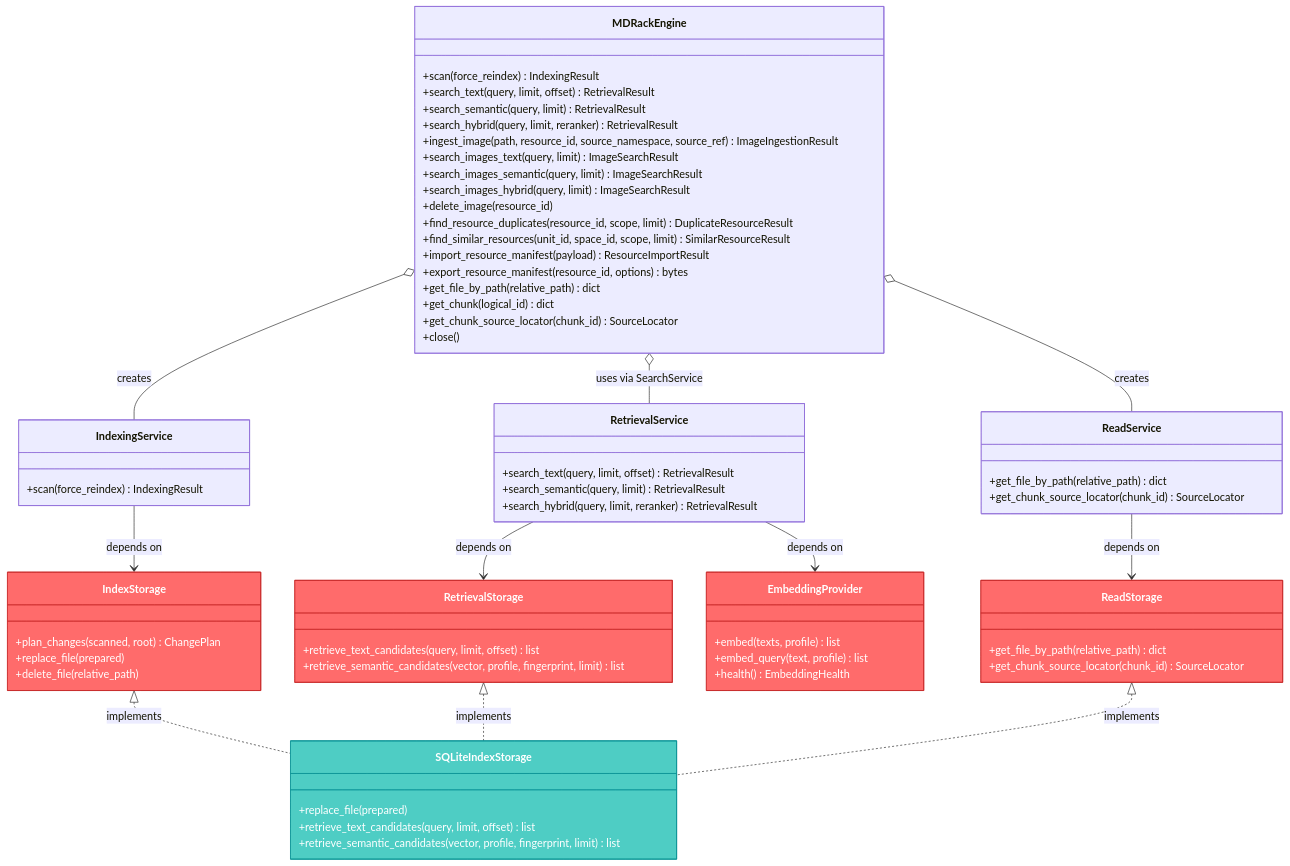
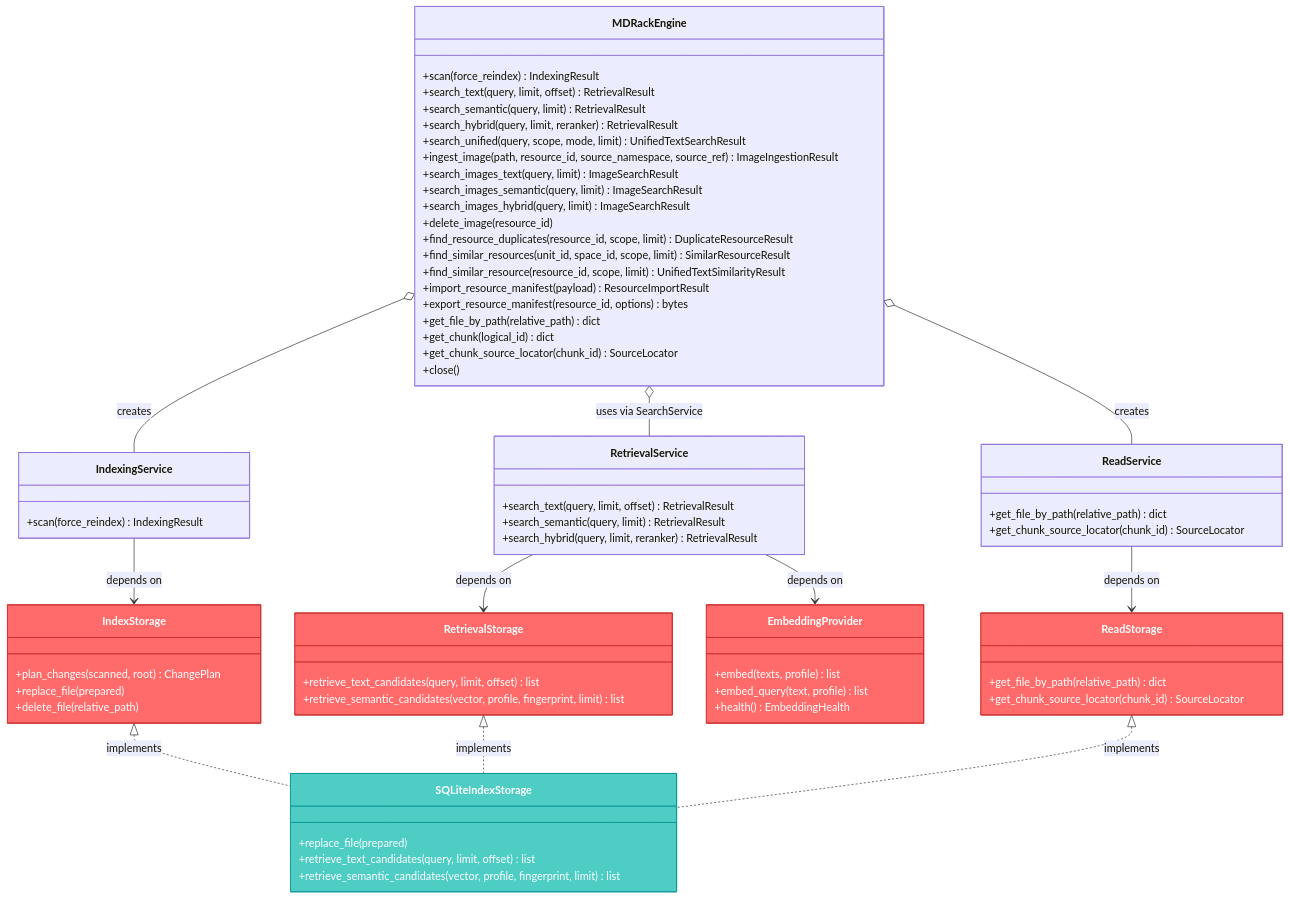
The diagram in docs/current-architecture/public-interfaces.md (VladimirMonin/MDRack), drawn with Mermaid before and after one commit. The commit also changed other lines of this file and 10 other files, not shown here.

```diff
--- a/docs/current-architecture/public-interfaces.md
+++ b/docs/current-architecture/public-interfaces.md
@@ -13,6 +13,7 @@
         +search_text(query, limit, offset) RetrievalResult
         +search_semantic(query, limit) RetrievalResult
         +search_hybrid(query, limit, reranker) RetrievalResult
+        +search_unified(query, scope, mode, limit) UnifiedTextSearchResult
         +ingest_image(path, resource_id, source_namespace, source_ref) ImageIngestionResult
         +search_images_text(query, limit) ImageSearchResult
         +search_images_semantic(query, limit) ImageSearchResult
@@ -20,6 +21,7 @@
         +delete_image(resource_id)
         +find_resource_duplicates(resource_id, scope, limit) DuplicateResourceResult
         +find_similar_resources(unit_id, space_id, scope, limit) SimilarResourceResult
+        +find_similar_resource(resource_id, scope, limit) UnifiedTextSimilarityResult
         +import_resource_manifest(payload) ResourceImportResult
         +export_resource_manifest(resource_id, options) bytes
         +get_file_by_path(relative_path) dict
```
